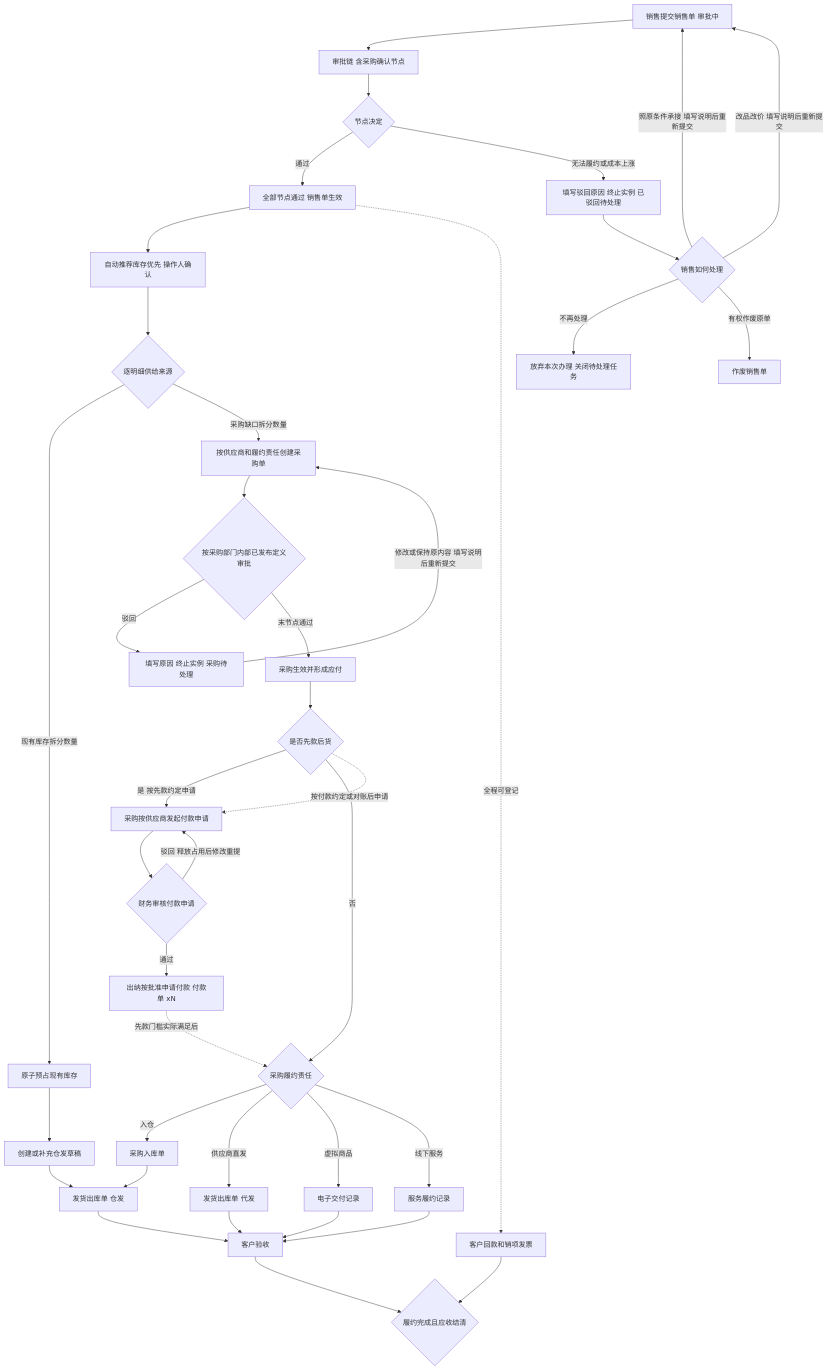
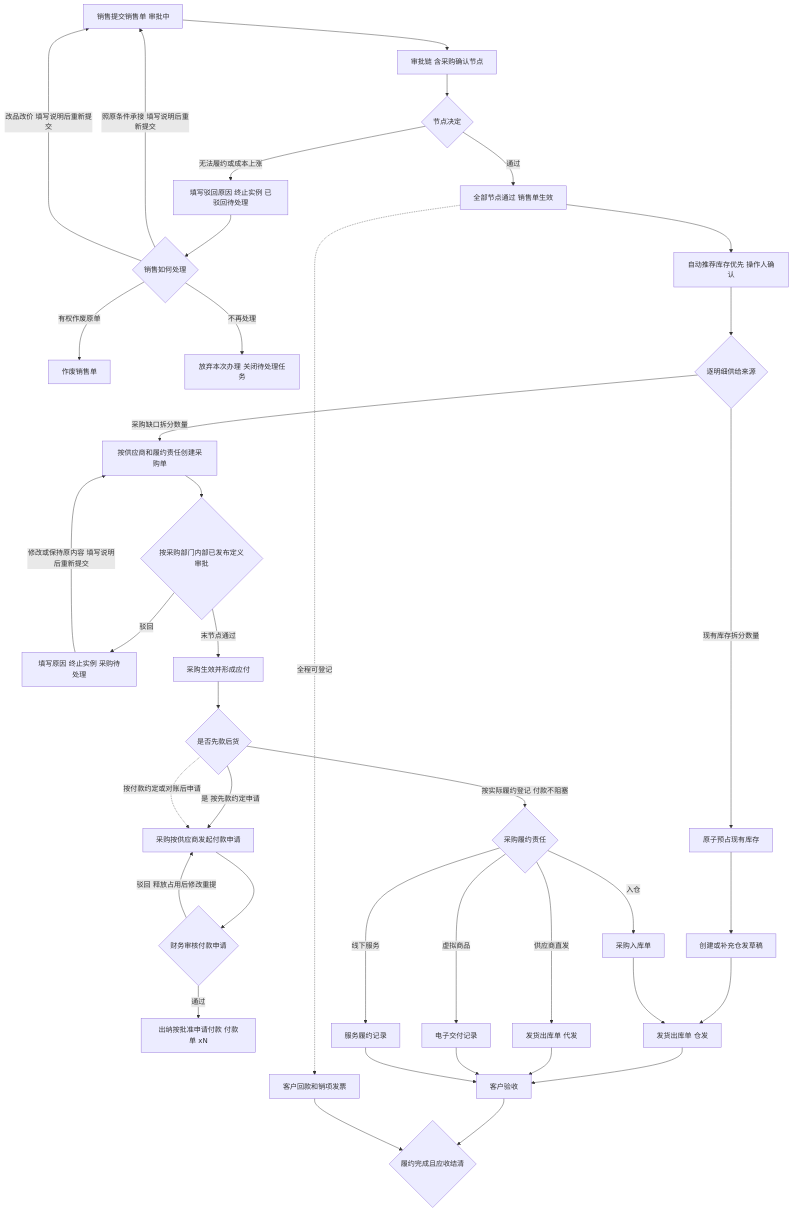
One commit to mztlive/erp changed the seventh of 11 diagrams in docs/erp-phase-1.md. Above: the diagram before and after it, drawn with Mermaid. The commit also changed other lines of this file and 28 other files, not shown here.

````diff
--- a/docs/erp-phase-1.md
+++ b/docs/erp-phase-1.md
@@ -794,72 +794,71 @@
 ```mermaid
 flowchart TD
   销售单[销售提交销售单 审批中]
   二次确认[审批链 含采购确认节点]
   确认结果{节点决定}
   驳回[填写驳回原因 终止实例 已驳回待处理]
   处理{销售如何处理}
   作废[作废销售单]
   放弃[放弃本次办理 关闭待处理任务]
   生效[全部节点通过 销售单生效]
   供给分配[自动推荐库存优先 操作人确认]
   供给来源{逐明细供给来源}
   库存预占[原子预占现有库存]
   仓发草稿[创建或补充仓发草稿]
   采购单[按供应商和履约责任创建采购单]
   采购审批{按采购部门内部已发布定义审批}
   驳回采购[填写原因 终止实例 采购待处理]
   应付[采购生效并形成应付]
   条件{是否先款后货}
   申请[采购按供应商发起付款申请]
   付款审核{财务审核付款申请}
   付款[出纳按批准申请付款 付款单 xN]
   履约{采购履约责任}
   入库[采购入库单]
   仓发[发货出库单 仓发]
   代发[发货出库单 代发]
   电子[电子交付记录]
   服务[服务履约记录]
   验收[客户验收]
   客户票款[客户回款和销项发票]
   关闭{履约完成且应收结清}
 
   销售单 --> 二次确认
   二次确认 --> 确认结果
   确认结果 -->|通过| 生效
   生效 --> 供给分配
   供给分配 --> 供给来源
   供给来源 -->|现有库存拆分数量| 库存预占
   库存预占 --> 仓发草稿
   仓发草稿 --> 仓发
   供给来源 -->|采购缺口拆分数量| 采购单
   确认结果 -->|无法履约或成本上涨| 驳回
   驳回 --> 处理
   处理 -->|照原条件承接 填写说明后重新提交| 销售单
   处理 -->|改品改价 填写说明后重新提交| 销售单
   处理 -->|不再处理| 放弃
   处理 -->|有权作废原单| 作废
   采购单 --> 采购审批
   采购审批 -->|驳回| 驳回采购
   驳回采购 -->|修改或保持原内容 填写说明后重新提交| 采购单
   采购审批 -->|末节点通过| 应付
   应付 --> 条件
   条件 -->|是 按先款约定申请| 申请
-  条件 -->|否| 履约
+  条件 -->|按实际履约登记 付款不阻塞| 履约
   条件 -.->|按付款约定或对账后申请| 申请
   申请 --> 付款审核
   付款审核 -->|驳回 释放占用后修改重提| 申请
   付款审核 -->|通过| 付款
-  付款 -.->|先款门槛实际满足后| 履约
   履约 -->|入仓| 入库
   入库 --> 仓发
   履约 -->|供应商直发| 代发
   履约 -->|虚拟商品| 电子
   履约 -->|线下服务| 服务
   仓发 --> 验收
   代发 --> 验收
   电子 --> 验收
   服务 --> 验收
   生效 -.->|全程可登记| 客户票款
   验收 --> 关闭
   客户票款 --> 关闭
 ```
````
